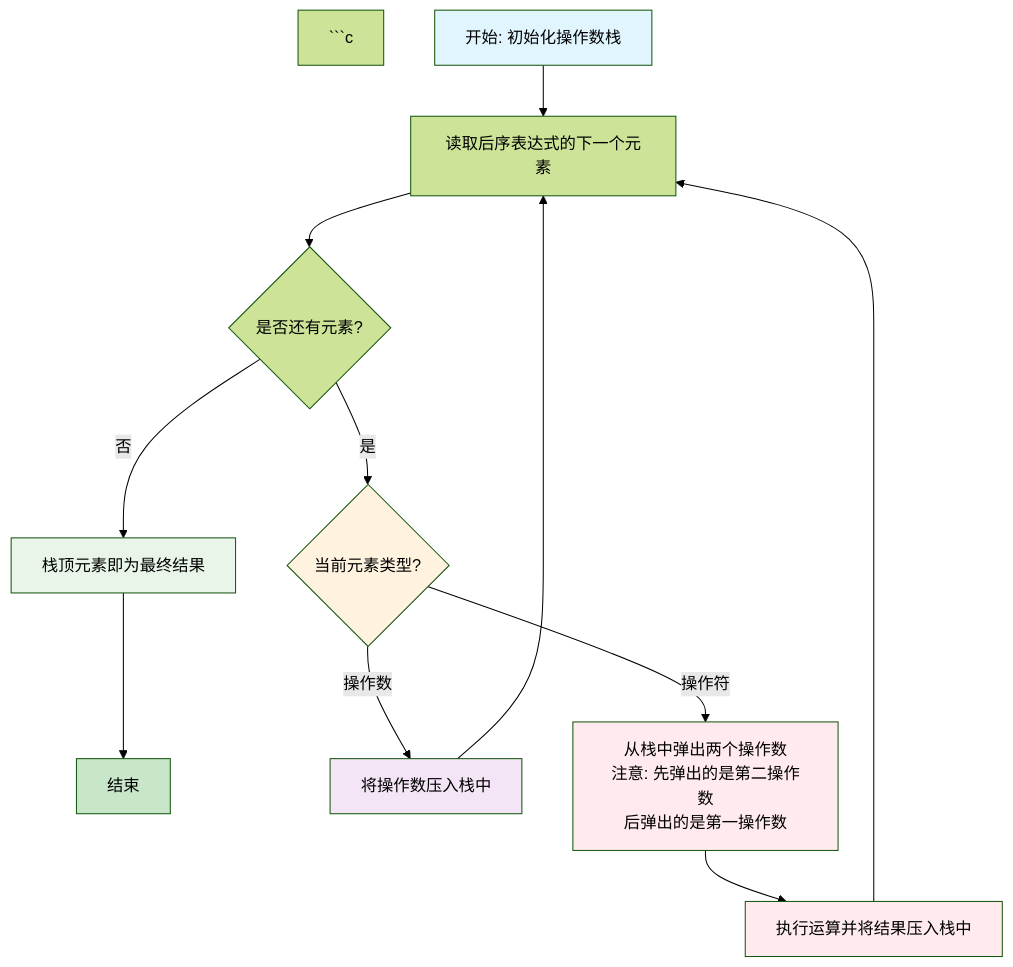
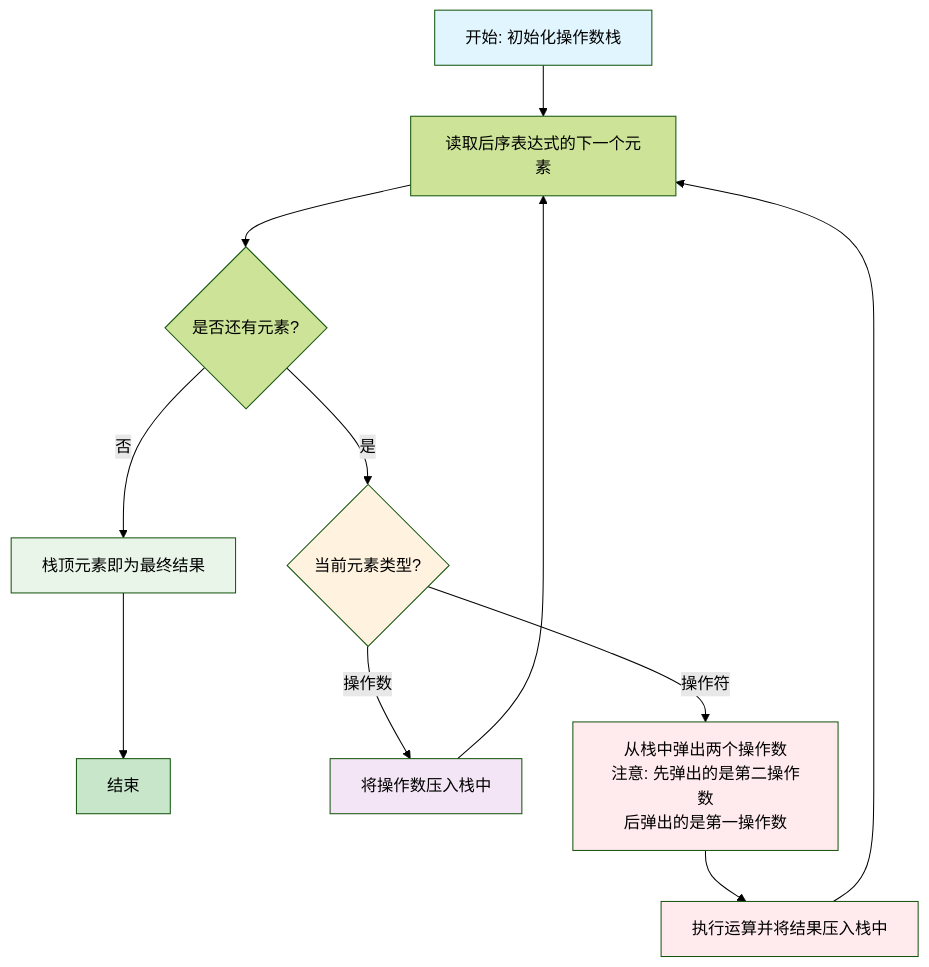
Before and after one commit to cycycy5464/cc408: the first of 2 diagrams in content/docs/data-structure/ch02-stack-queue/application.md, drawn with Mermaid (forest theme). The commit also changed other lines of this file and 120 other files, not shown here.

````diff
--- a/content/docs/data-structure/ch02-stack-queue/application.md
+++ b/content/docs/data-structure/ch02-stack-queue/application.md
@@ -137,26 +137,28 @@
    ```mermaid
    flowchart TD
-```c
-   A[开始: 初始化操作数栈] --> B[读取后序表达式的下一个元素]
+A[开始: 初始化操作数栈] --> B[读取后序表达式的下一个元素]
    
    B --> C{是否还有元素?}
    C -->|否| H[栈顶元素即为最终结果]
    H --> I[结束]
    
    C -->|是| D{当前元素类型?}
    
    D -->|操作数| E[将操作数压入栈中]
    E --> B
    
    D -->|操作符| F[从栈中弹出两个操作数<br/>注意: 先弹出的是第二操作数<br/>后弹出的是第一操作数]
    F --> G[执行运算并将结果压入栈中]
    G --> B
    
    style A fill:#e1f5fe
    style I fill:#c8e6c9
    style D fill:#fff3e0
    style E fill:#f3e5f5
    style F fill:#ffebee
    style G fill:#ffebee
    style H fill:#e8f5e8
-```
+
+
+
+   ```
````
